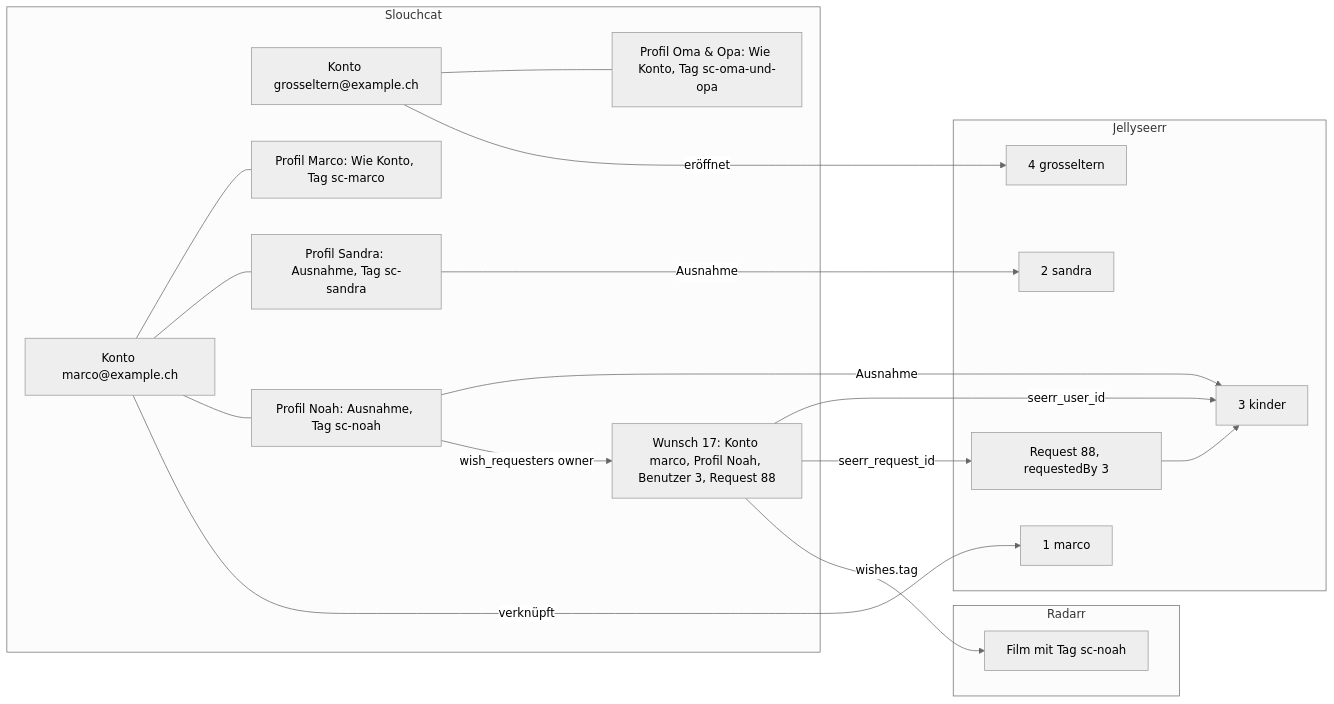
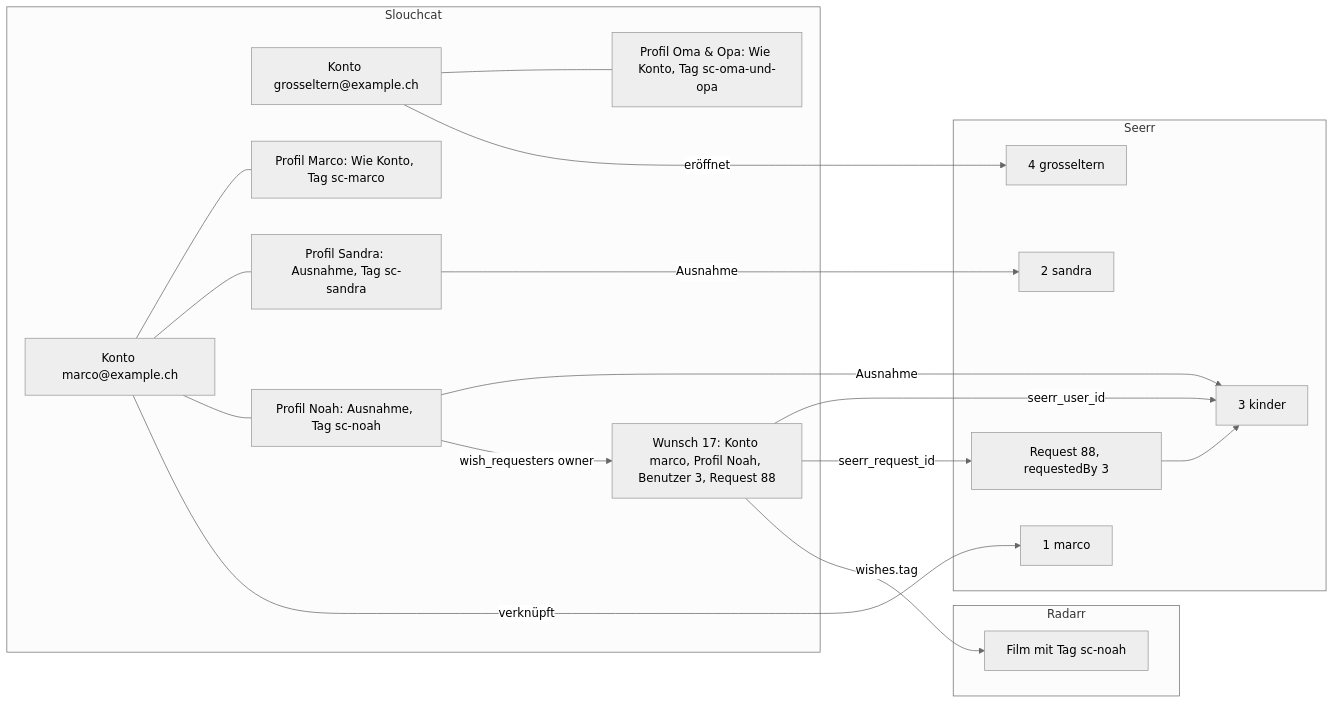
One commit to SlouchCat/slouchcat changed the second of 2 diagrams in docs/planning/25-medienwuensche/04-benutzer-profilmapping.md. Above: the diagram before and after it, drawn with Mermaid (neutral theme). The commit also changed other lines of this file and 30 other files, not shown here.

````diff
--- a/docs/planning/25-medienwuensche/04-benutzer-profilmapping.md
+++ b/docs/planning/25-medienwuensche/04-benutzer-profilmapping.md
@@ -230,35 +228,35 @@
 ```mermaid
 flowchart LR
   subgraph SC["Slouchcat"]
     K1["Konto marco@example.ch"]
     K2["Konto grosseltern@example.ch"]
     PM["Profil Marco: Wie Konto, Tag sc-marco"]
     PS["Profil Sandra: Ausnahme, Tag sc-sandra"]
     PN["Profil Noah: Ausnahme, Tag sc-noah"]
     PO["Profil Oma & Opa: Wie Konto, Tag sc-oma-und-opa"]
     W1["Wunsch 17: Konto marco, Profil Noah, Benutzer 3, Request 88"]
   end
-  subgraph JS["Jellyseerr"]
+  subgraph JS["Seerr"]
     U1["1 marco"]
     U2["2 sandra"]
     U3["3 kinder"]
     U4["4 grosseltern"]
     R88["Request 88, requestedBy 3"]
   end
   subgraph AR["Radarr"]
     F1["Film mit Tag sc-noah"]
   end
   K1 --- PM
   K1 --- PS
   K1 --- PN
   K2 --- PO
   K1 -- "verknüpft" --> U1
   K2 -- "eröffnet" --> U4
   PS -- "Ausnahme" --> U2
   PN -- "Ausnahme" --> U3
   PN -- "wish_requesters owner" --> W1
   W1 -- "seerr_user_id" --> U3
   W1 -- "seerr_request_id" --> R88
   R88 --> U3
   W1 -- "wishes.tag" --> F1
 ```
````
